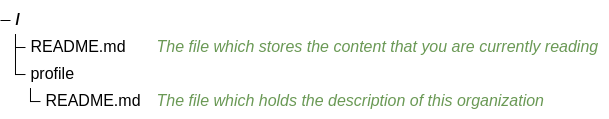
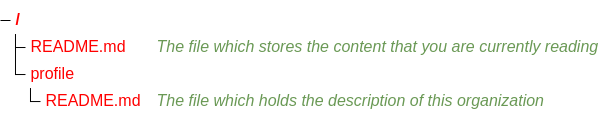
The diagram in README.md (FooGiGo-Org/.github), drawn with Mermaid before and after one commit.

Commit message:
Update labelColor configuration in README.md

````diff
--- a/README.md
+++ b/README.md
@@ -2,11 +2,12 @@
 ```mermaid
 ---
 config:
     themeVariables:
-        labelColor: 'FF0000'
+        treeView:
+            labelColor: '#FF0000'
 ---
 treeView-beta
     README.md ##The file which stores the content that you are currently reading
     profile
         README.md ##The file which holds the description of this organization
 ```
````
